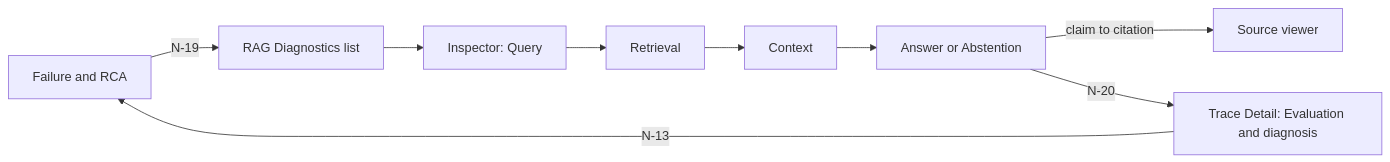
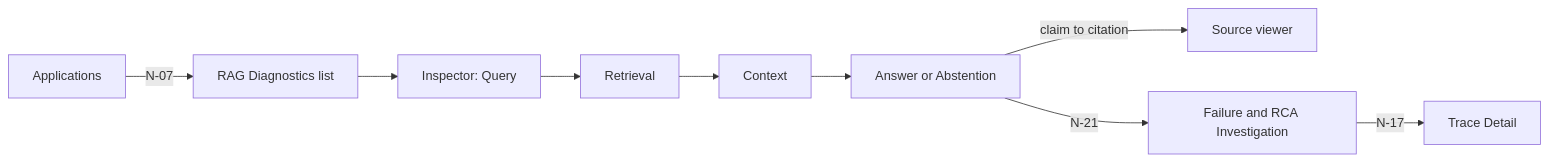
Before and after one commit to trustops-dev/trustops-ai: the third of 4 diagrams in docs/architecture/dashboard/reviewer-journeys.md, drawn with Mermaid. The commit also changed other lines of this file and 8 other files, not shown here.

First line of the commit message:
Align dashboard UX architecture with the proposal and user stories

````diff
--- a/docs/architecture/dashboard/reviewer-journeys.md
+++ b/docs/architecture/dashboard/reviewer-journeys.md
@@ -132,8 +141,8 @@
 ```mermaid
 flowchart LR
- RCA[Failure and RCA] -->|N-19| RAG[RAG Diagnostics list]
+ APP[Applications] -->|N-07| RAG[RAG Diagnostics list]
  RAG --> Q[Inspector: Query] --> R[Retrieval] --> C[Context] --> A[Answer or Abstention]
  A -->|claim to citation| S[Source viewer]
- A -->|N-20| TRD[Trace Detail: Evaluation and diagnosis]
- TRD -->|N-13| RCA
+ A -->|N-21| RCA[Failure and RCA Investigation]
+ RCA -->|N-17| TRD[Trace Detail]
 ```
````
